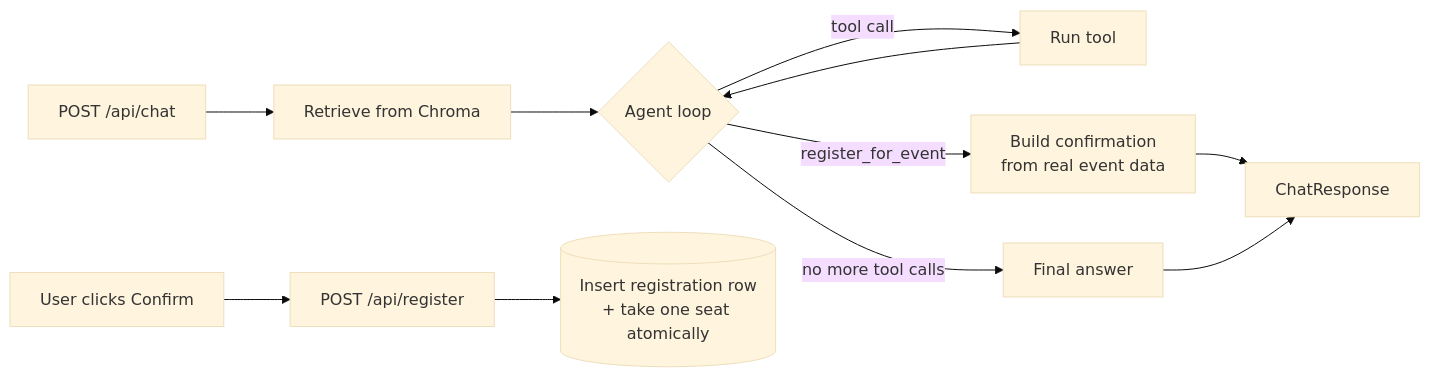
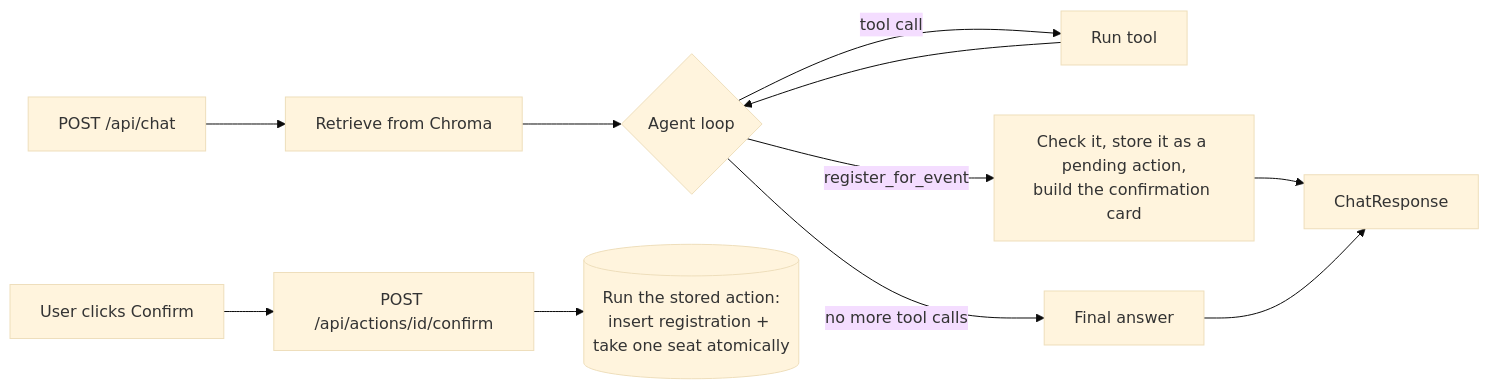
Before and after one commit to varunaditya27/campus-copilot: the diagram in backend/README.md, drawn with Mermaid (base theme). The commit also changed other lines of this file and 28 other files, not shown here.

````diff
--- a/backend/README.md
+++ b/backend/README.md
@@ -37,14 +37,14 @@
 ```mermaid
 flowchart LR
     REQ[POST /api/chat] --> RET[Retrieve from Chroma]
     RET --> LOOP{Agent loop}
     LOOP -->|tool call| TOOL[Run tool]
     TOOL --> LOOP
-    LOOP -->|register_for_event| CONF[Build confirmation\nfrom real event data]
+    LOOP -->|register_for_event| CONF[Check it, store it as a pending action,\nbuild the confirmation card]
     LOOP -->|no more tool calls| ANS[Final answer]
     CONF --> RES[ChatResponse]
     ANS --> RES
 
-    UI[User clicks Confirm] --> REG[POST /api/register]
-    REG --> WRITE[(Insert registration row\n+ take one seat atomically)]
+    UI[User clicks Confirm] --> REG[POST /api/actions/id/confirm]
+    REG --> WRITE[(Run the stored action:\ninsert registration + take one seat atomically)]
 ```
````
